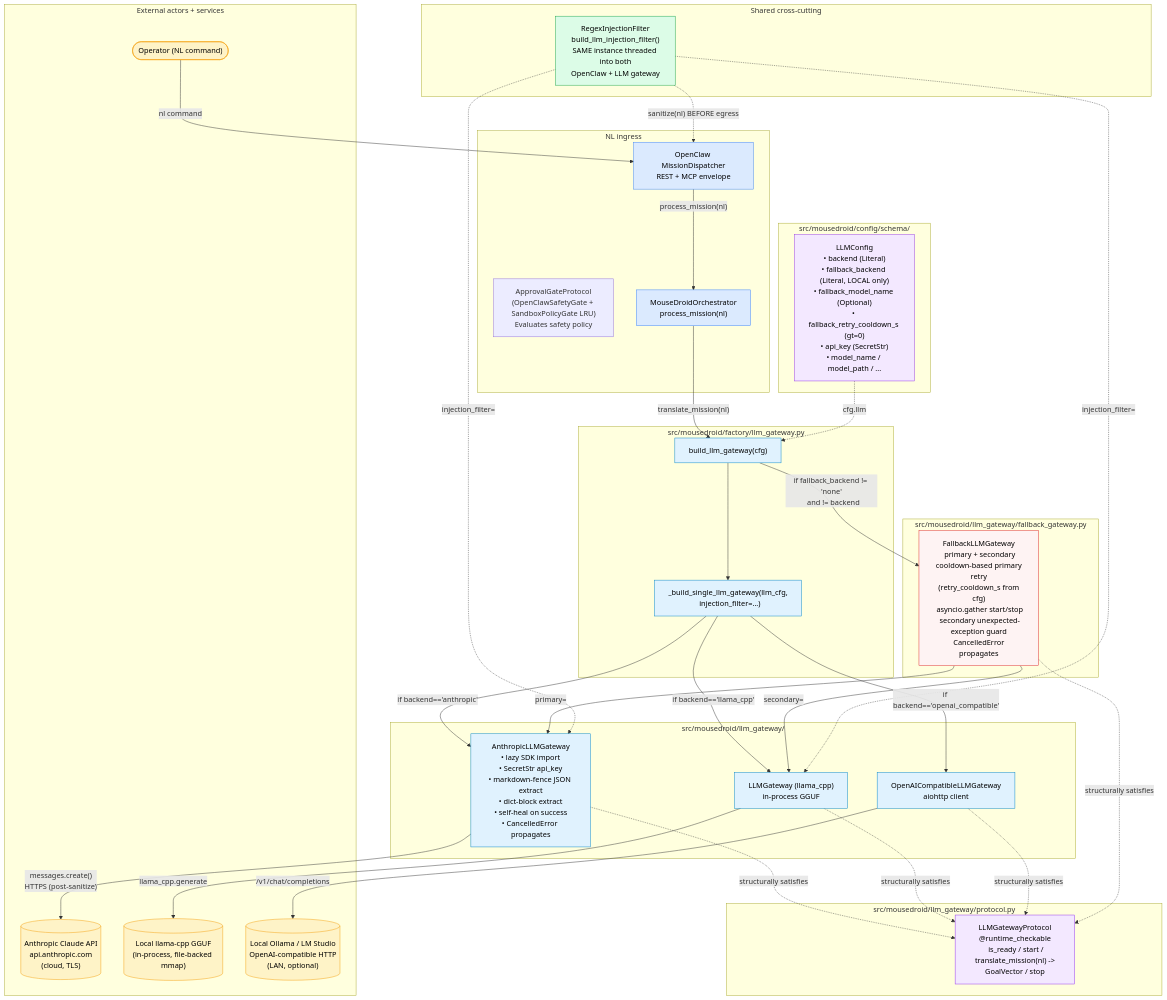
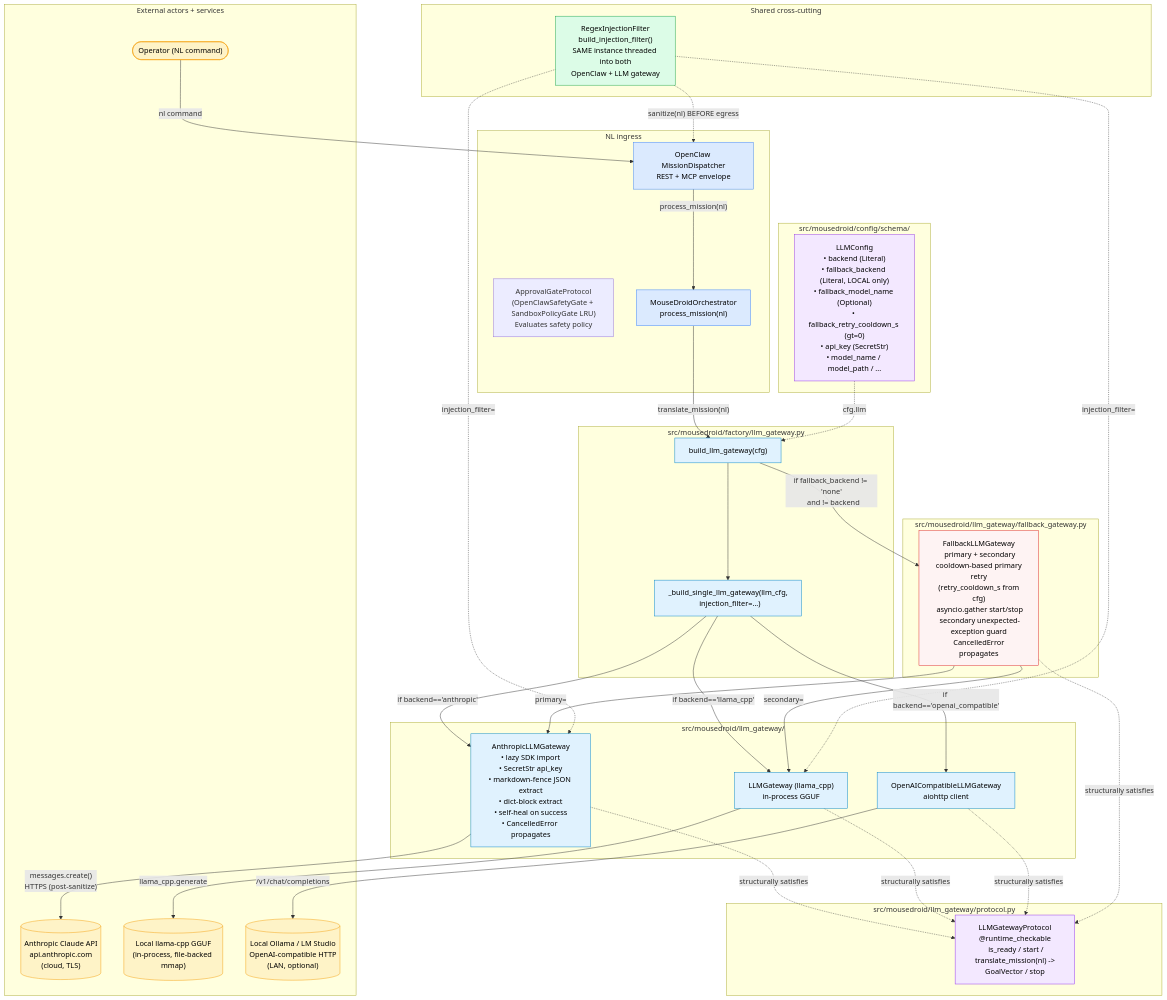
The diagram in docs/architecture/c4-llm-gateway.md (ianshank/Mouse-Droid-AGI), drawn with Mermaid before and after one commit. The commit also changed 5 other files, not shown here.

```diff
--- a/docs/architecture/c4-llm-gateway.md
+++ b/docs/architecture/c4-llm-gateway.md
@@ -28,7 +28,7 @@
     end
 
     subgraph Filter["Shared cross-cutting"]
-        InjFilter["RegexInjectionFilter\nbuild_llm_injection_filter()\nSAME instance threaded into both\nOpenClaw + LLM gateway"]
+        InjFilter["RegexInjectionFilter\nbuild_injection_filter()\nSAME instance threaded into both\nOpenClaw + LLM gateway"]
     end
 
     subgraph Factory["src/mousedroid/factory/llm_gateway.py"]
```
